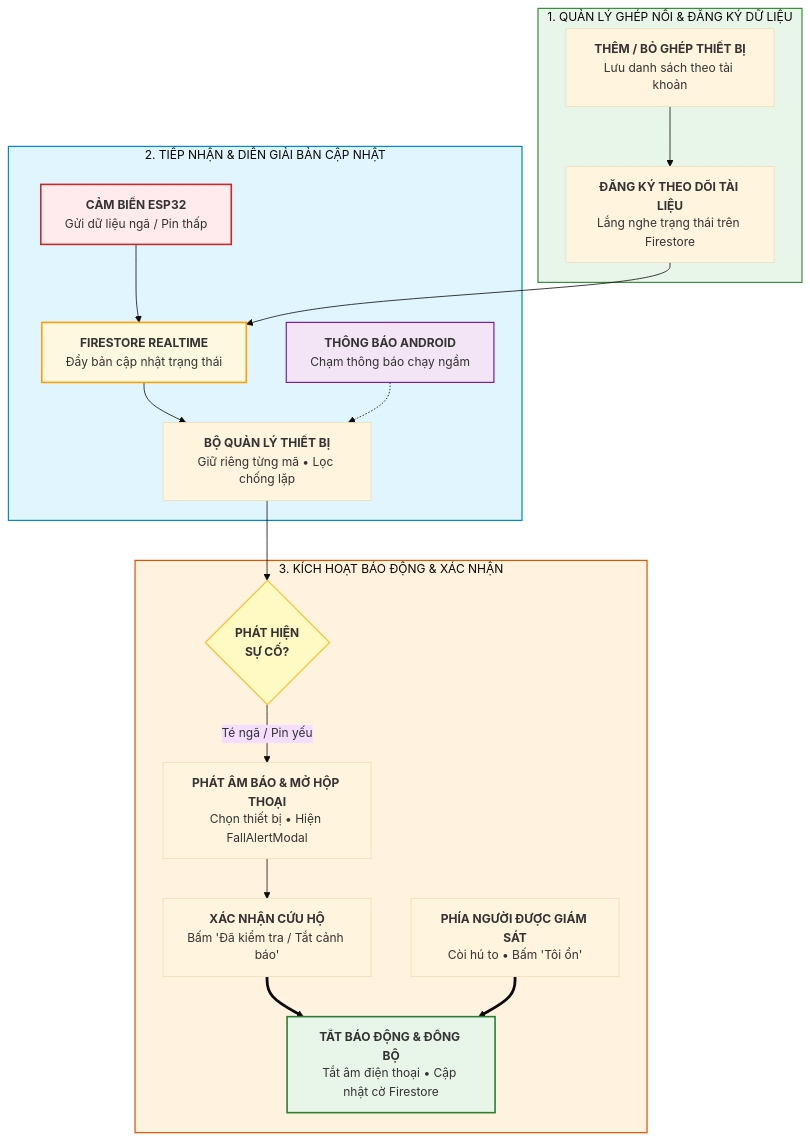
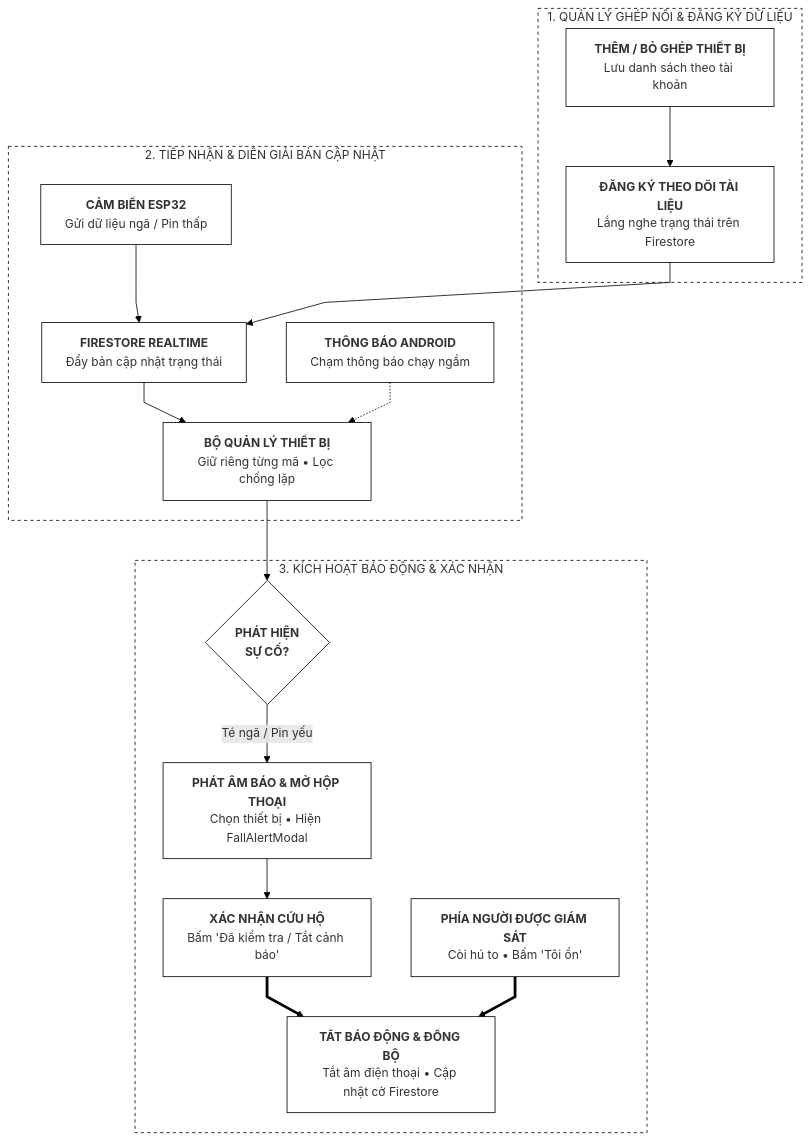
One commit to tdo129/Fall-Detection-App changed the fourth of 7 diagrams in README.md. Above: the diagram before and after it, drawn with Mermaid. The commit also changed other lines of this file, not shown here.

````diff
--- a/README.md
+++ b/README.md
@@ -117,34 +130,40 @@
 ```mermaid
-%%{init: {'theme': 'base', 'themeVariables': { 'fontSize': '15px' }}}%%
+%%{init: {'flowchart': {'curve': 'linear'}, 'themeVariables': {'fontSize': '15px', 'lineColor': '#000000'}}}%%
 flowchart TD
     subgraph G1 ["1. QUẢN LÝ GHÉP NỐI & ĐĂNG KÝ DỮ LIỆU"]
         DEV_ACT["<b>THÊM / BỎ GHÉP THIẾT BỊ</b><br/>Lưu danh sách theo tài khoản"] --> SUB_ON["<b>ĐĂNG KÝ THEO DÕI TÀI LIỆU</b><br/>Lắng nghe trạng thái trên Firestore"]
     end
 
     subgraph G2 ["2. TIẾP NHẬN & DIỄN GIẢI BẢN CẬP NHẬT"]
         HW["<b>CẢM BIẾN ESP32</b><br/>Gửi dữ liệu ngã / Pin thấp"] --> FB["<b>FIRESTORE REALTIME</b><br/>Đẩy bản cập nhật trạng thái"]
         SUB_ON --> FB
         FB --> DM["<b>BỘ QUẢN LÝ THIẾT BỊ</b><br/>Giữ riêng từng mã • Lọc chống lặp"]
         NOTIF["<b>THÔNG BÁO ANDROID</b><br/>Chạm thông báo chạy ngầm"] -.-> DM
     end
 
     subgraph G3 ["3. KÍCH HOẠT BÁO ĐỘNG & XÁC NHẬN"]
         DM --> CHK{"<b>PHÁT HIỆN<br/>SỰ CỐ?</b>"}
         CHK -- "Té ngã / Pin yếu" --> ALARM["<b>PHÁT ÂM BÁO & MỞ HỘP THOẠI</b><br/>Chọn thiết bị • Hiện FallAlertModal"]
         ALARM --> ACK_S["<b>XÁC NHẬN CỨU HỘ</b><br/>Bấm 'Đã kiểm tra / Tắt cảnh báo'"]
         
         M_SIDE["<b>PHÍA NGƯỜI ĐƯỢC GIÁM SÁT</b><br/>Còi hú to • Bấm 'Tôi ổn'"]
         
         ACK_S ==> SYNC["<b>TẮT BÁO ĐỘNG & ĐỒNG BỘ</b><br/>Tắt âm điện thoại • Cập nhật cờ Firestore"]
         M_SIDE ==> SYNC
     end
 
-    style G1 fill:#e8f5e9,stroke:#388e3c,stroke-width:1.5px
-    style G2 fill:#e1f5fe,stroke:#0288d1,stroke-width:1.5px
-    style G3 fill:#fff3e0,stroke:#e65100,stroke-width:1.5px
-    style HW fill:#ffebee,stroke:#c62828,stroke-width:2px
-    style FB fill:#fff8e1,stroke:#ffa000,stroke-width:2px
-    style NOTIF fill:#f3e5f5,stroke:#7b1fa2,stroke-width:1.5px
-    style SYNC fill:#e8f5e9,stroke:#2e7d32,stroke-width:2px
-    style CHK fill:#fff9c4,stroke:#fbc02d,stroke-width:1.5px
+    style G1 fill:#ffffff,stroke:#000000,stroke-width:1px,stroke-dasharray: 4 4
+    style G2 fill:#ffffff,stroke:#000000,stroke-width:1px,stroke-dasharray: 4 4
+    style G3 fill:#ffffff,stroke:#000000,stroke-width:1px,stroke-dasharray: 4 4
+    style DEV_ACT fill:#ffffff,stroke:#000000,stroke-width:1px
+    style SUB_ON fill:#ffffff,stroke:#000000,stroke-width:1px
+    style HW fill:#ffffff,stroke:#000000,stroke-width:1px
+    style FB fill:#ffffff,stroke:#000000,stroke-width:1px
+    style DM fill:#ffffff,stroke:#000000,stroke-width:1px
+    style NOTIF fill:#ffffff,stroke:#000000,stroke-width:1px
+    style CHK fill:#ffffff,stroke:#000000,stroke-width:1px
+    style ALARM fill:#ffffff,stroke:#000000,stroke-width:1px
+    style ACK_S fill:#ffffff,stroke:#000000,stroke-width:1px
+    style M_SIDE fill:#ffffff,stroke:#000000,stroke-width:1px
+    style SYNC fill:#ffffff,stroke:#000000,stroke-width:1px
 ```
````
